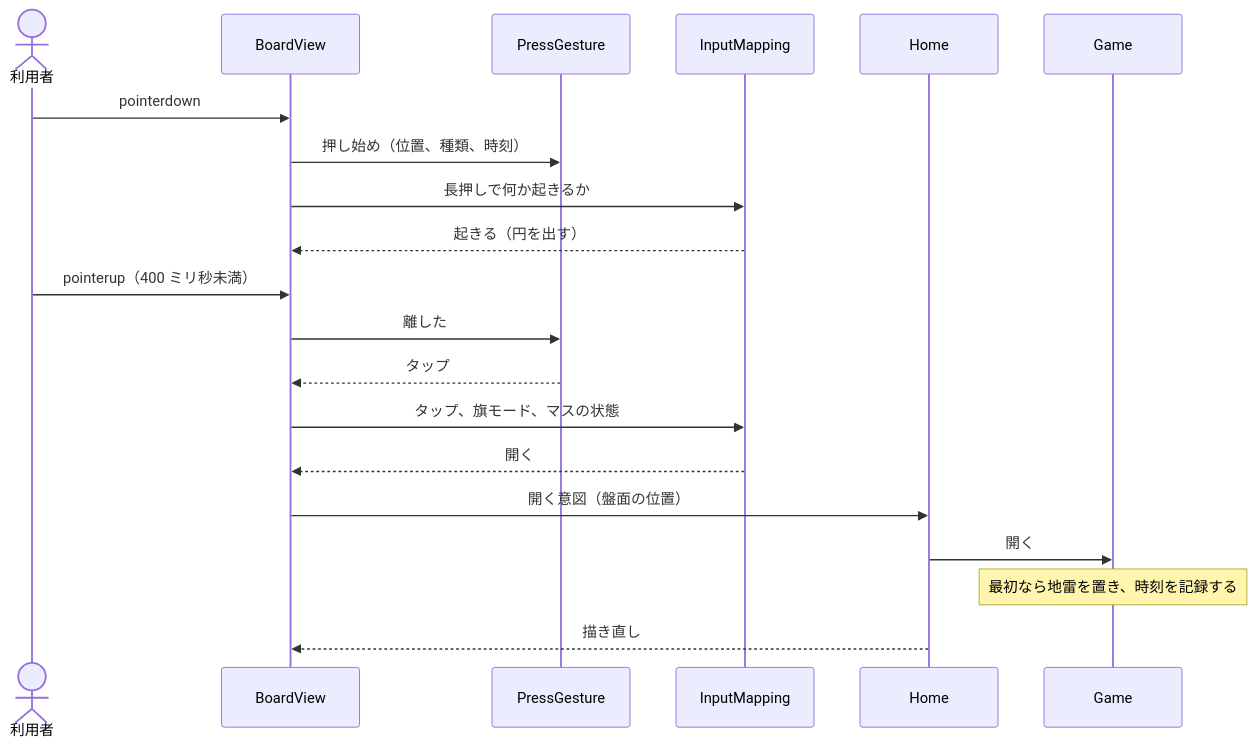
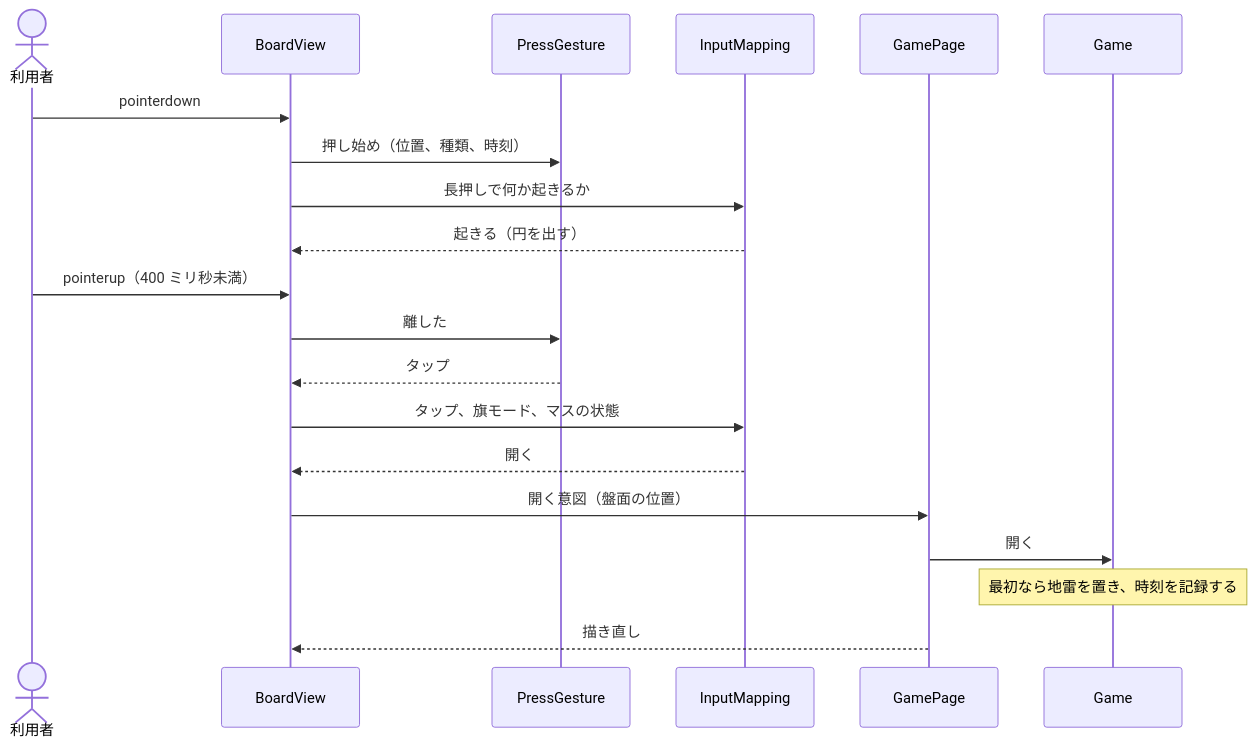
One commit to Fujiwo/Shos.Minesweeper changed the seventh of 10 diagrams in docs/04-architecture.md. Above: the diagram before and after it, drawn with Mermaid. The commit also changed other lines of this file and 4 other files, not shown here.

````diff
--- a/docs/04-architecture.md
+++ b/docs/04-architecture.md
@@ -270,22 +301,22 @@
 ```mermaid
 sequenceDiagram
     actor User as 利用者
     participant BV as BoardView
     participant PG as PressGesture
     participant IM as InputMapping
-    participant Home
+    participant GamePage
     participant Game
     User->>BV: pointerdown
     BV->>PG: 押し始め（位置、種類、時刻）
     BV->>IM: 長押しで何か起きるか
     IM-->>BV: 起きる（円を出す）
     User->>BV: pointerup（400 ミリ秒未満）
     BV->>PG: 離した
     PG-->>BV: タップ
     BV->>IM: タップ、旗モード、マスの状態
     IM-->>BV: 開く
-    BV->>Home: 開く意図（盤面の位置）
-    Home->>Game: 開く
+    BV->>GamePage: 開く意図（盤面の位置）
+    GamePage->>Game: 開く
     Note over Game: 最初なら地雷を置き、時刻を記録する
-    Home-->>BV: 描き直し
+    GamePage-->>BV: 描き直し
 ```
````
